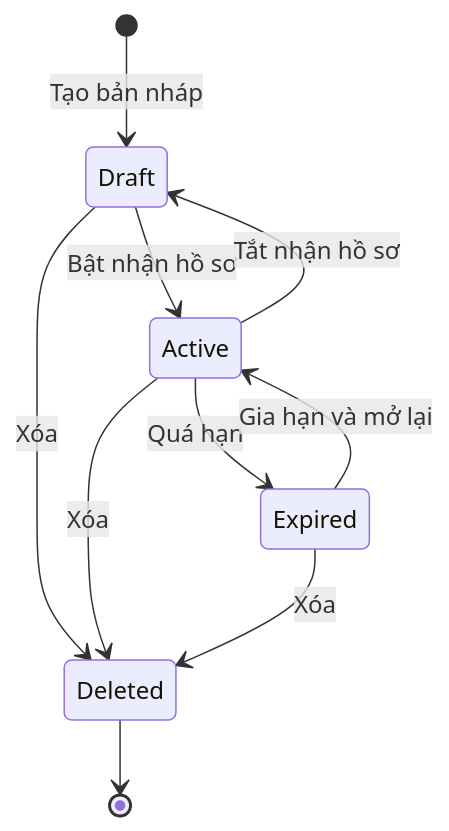
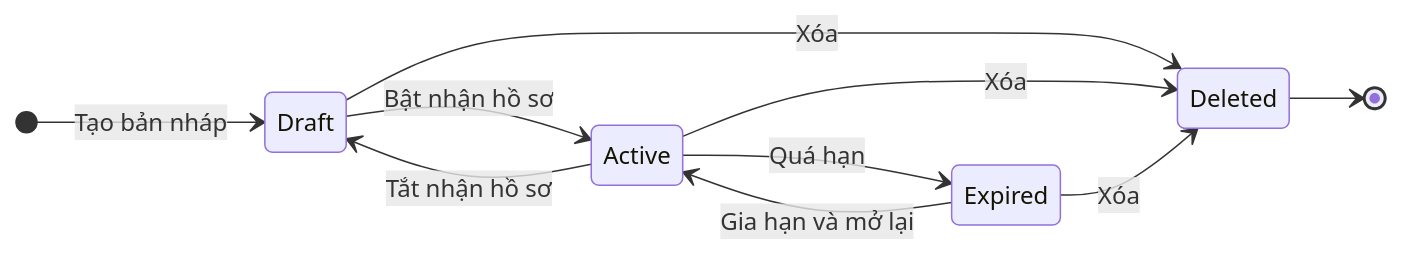
One commit to vinhvt619/DA2 changed diagram 12 of 12 in docs/bao-cao-do-an-rabbitcv.md. Above: the diagram before and after it, drawn with Mermaid. The commit also changed other lines of this file and 172 other files, not shown here.

````diff
--- a/docs/bao-cao-do-an-rabbitcv.md
+++ b/docs/bao-cao-do-an-rabbitcv.md
@@ -517,12 +708,13 @@
 ```mermaid
 stateDiagram-v2
+    direction LR
     [*] --> Draft: Tạo bản nháp
     Draft --> Active: Bật nhận hồ sơ
     Active --> Expired: Quá hạn
     Active --> Draft: Tắt nhận hồ sơ
     Expired --> Active: Gia hạn và mở lại
     Draft --> Deleted: Xóa
     Active --> Deleted: Xóa
     Expired --> Deleted: Xóa
     Deleted --> [*]
 ```
````
